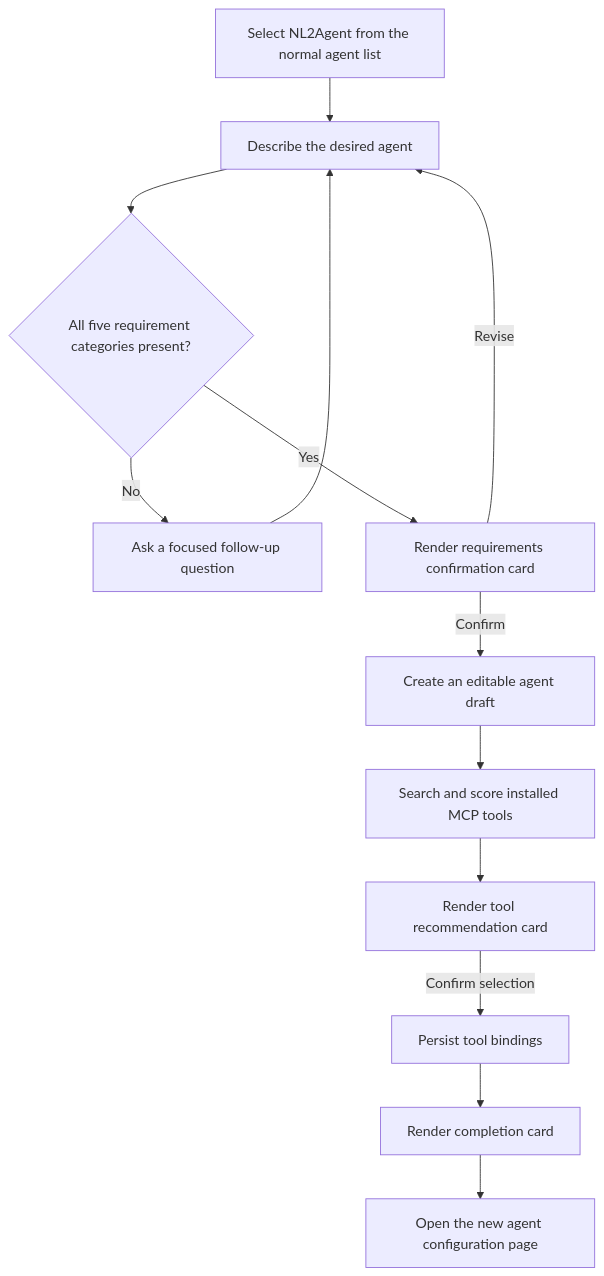
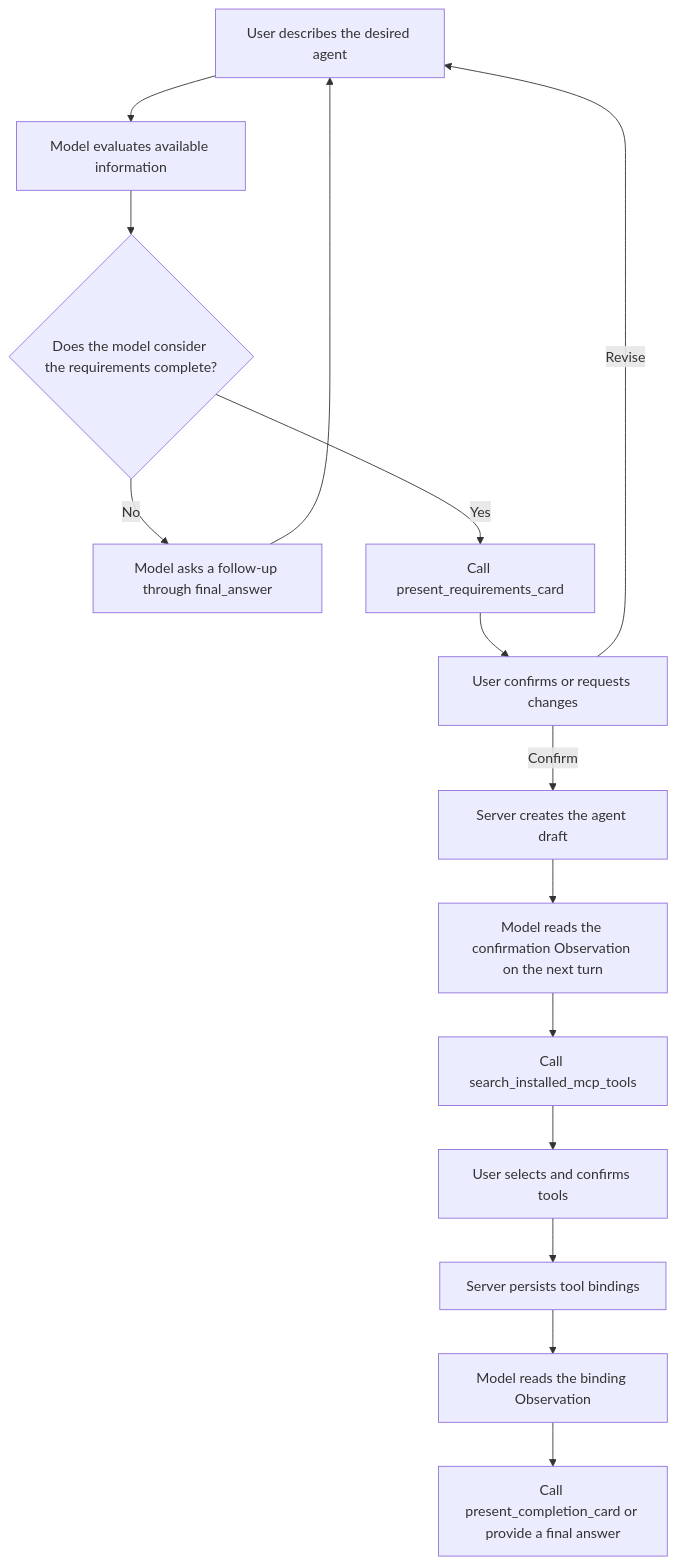
Before and after one commit to ModelEngine-Group/nexent: the diagram in doc/nl2agent-design.md, drawn with Mermaid. The commit also changed other lines of this file and 1 other file, not shown here.

Commit message:
📝 Docs: Align NL2Agent design with ReAct runtime

````diff
--- a/doc/nl2agent-design.md
+++ b/doc/nl2agent-design.md
@@ -99,15 +64,17 @@
 ```mermaid
 flowchart TD
-    A[Select NL2Agent from the normal agent list] --> B[Describe the desired agent]
-    B --> C{All five requirement categories present?}
-    C -- No --> D[Ask a focused follow-up question]
-    D --> B
-    C -- Yes --> E[Render requirements confirmation card]
-    E -->|Revise| B
-    E -->|Confirm| F[Create an editable agent draft]
-    F --> G[Search and score installed MCP tools]
-    G --> H[Render tool recommendation card]
-    H -->|Confirm selection| I[Persist tool bindings]
-    I --> J[Render completion card]
-    J --> K[Open the new agent configuration page]
+    A[User describes the desired agent] --> B[Model evaluates available information]
+    B --> C{Does the model consider the requirements complete?}
+    C -- No --> D[Model asks a follow-up through final_answer]
+    D --> A
+    C -- Yes --> E[Call present_requirements_card]
+    E --> F[User confirms or requests changes]
+    F -- Revise --> A
+    F -- Confirm --> G[Server creates the agent draft]
+    G --> H[Model reads the confirmation Observation on the next turn]
+    H --> I[Call search_installed_mcp_tools]
+    I --> J[User selects and confirms tools]
+    J --> K[Server persists tool bindings]
+    K --> L[Model reads the binding Observation]
+    L --> M[Call present_completion_card or provide a final answer]
 ```
````
